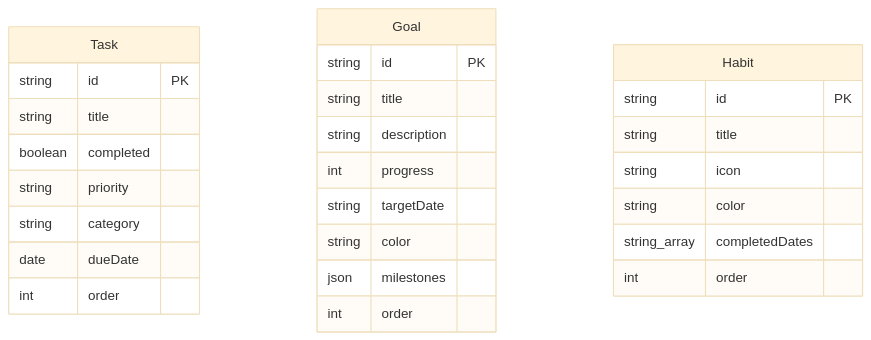
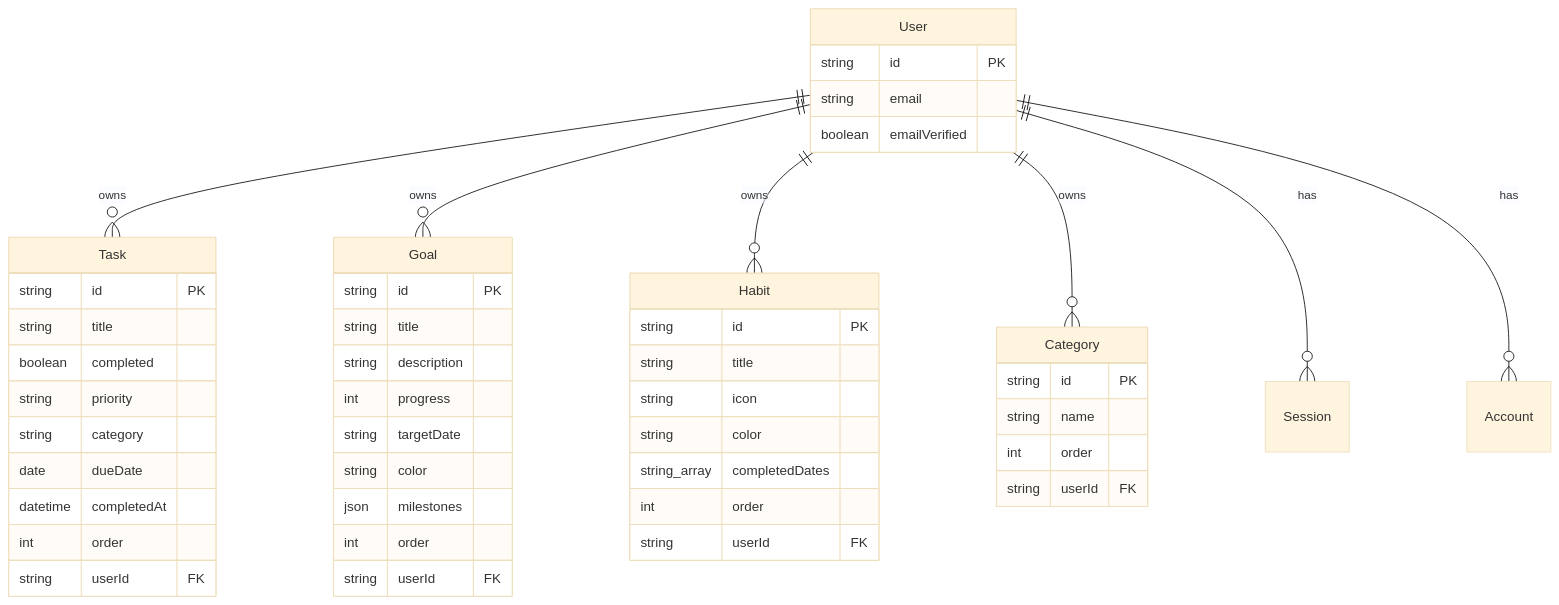
One commit to Elf1movv/TaskTrackerNew changed the diagram in docs/ARCHITECTURE.md. Above: the diagram before and after it, drawn with Mermaid (base theme). The commit also changed other lines of this file and 52 other files, not shown here.

````diff
--- a/docs/ARCHITECTURE.md
+++ b/docs/ARCHITECTURE.md
@@ -206,30 +229,51 @@
 ```mermaid
 erDiagram
+    User ||--o{ Task : owns
+    User ||--o{ Goal : owns
+    User ||--o{ Habit : owns
+    User ||--o{ Category : owns
+    User ||--o{ Session : has
+    User ||--o{ Account : has
     Task {
         string id PK
         string title
         boolean completed
         string priority
         string category
         date dueDate
+        datetime completedAt
         int order
+        string userId FK
     }
     Goal {
         string id PK
         string title
         string description
         int progress
         string targetDate
         string color
         json milestones
         int order
+        string userId FK
     }
     Habit {
         string id PK
         string title
         string icon
         string color
         string_array completedDates
         int order
+        string userId FK
+    }
+    Category {
+        string id PK
+        string name
+        int order
+        string userId FK
+    }
+    User {
+        string id PK
+        string email
+        boolean emailVerified
     }
 ```
````
